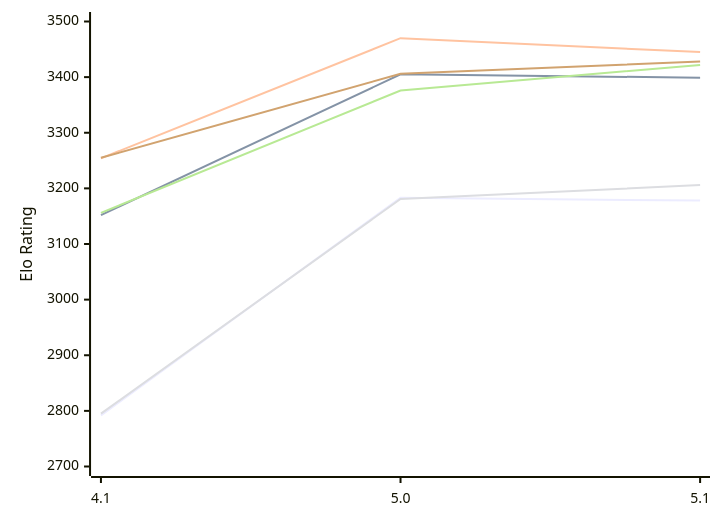
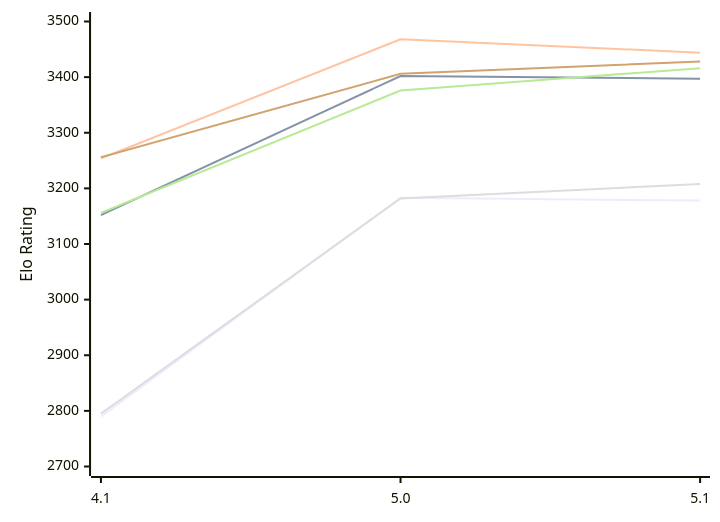
One commit to computer-chess-index/cci changed the diagram in engines/NarcNext.md. Above: the diagram before and after it, drawn with Mermaid. The commit also changed other lines of this file, not shown here.

Commit message:
Update CCI Ratings (ELO VLTC) - 2026-11-28

````diff
--- a/engines/NarcNext.md
+++ b/engines/NarcNext.md
@@ -51,12 +51,12 @@
 ```mermaid
 %%{init: {"theme":"base","themeVariables":{"seriesColors:['#a3a3a3','#222221','#faa371']}}}%%
 xychart-beta
   x-axis ["4.1", "5.0", "5.1"]
   y-axis "Elo Rating" 2700 --> 3500
-  line "E1: STC (8.0+0.08s)" [2792, 3183, 3178]
-  line "E1: LTC (60.0+0.60s)" [3152, 3405, 3399]
-  line "E1: VLTC (2m24s+1.12s)" [3254, 3470, 3445]
-  line "P1: STC (8.0+0.08s)" [2795, 3181, 3206]
-  line "P1: LTC (60.0+0.60s)" [3156, 3376, 3422]
-  line "P1: VLTC (2m24s+1.12s)" [3255, 3406, 3428]
+  line "E1: STC (8.0+0.08s)" [2790, 3183, 3178]
+  line "E1: LTC (60.0+0.60s)" [3152, 3402, 3397]
+  line "E1: VLTC (2m24s+1.12s)" [3254, 3468, 3444]
+  line "P1: STC (8.0+0.08s)" [2795, 3182, 3208]
+  line "P1: LTC (60.0+0.60s)" [3156, 3376, 3416]
+  line "P1: VLTC (2m24s+1.12s)" [3256, 3406, 3428]
 ```
````
